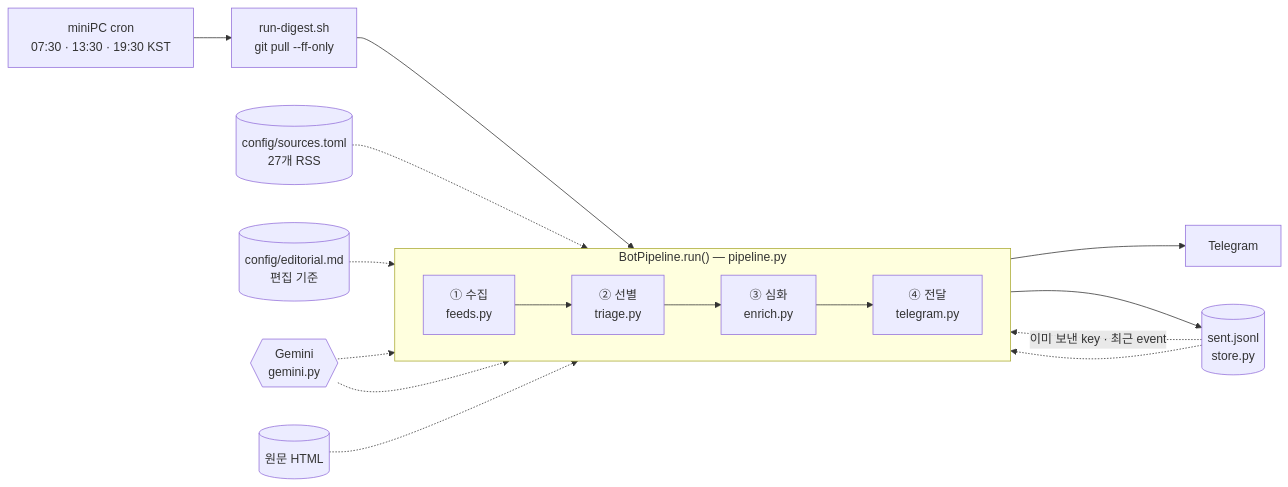
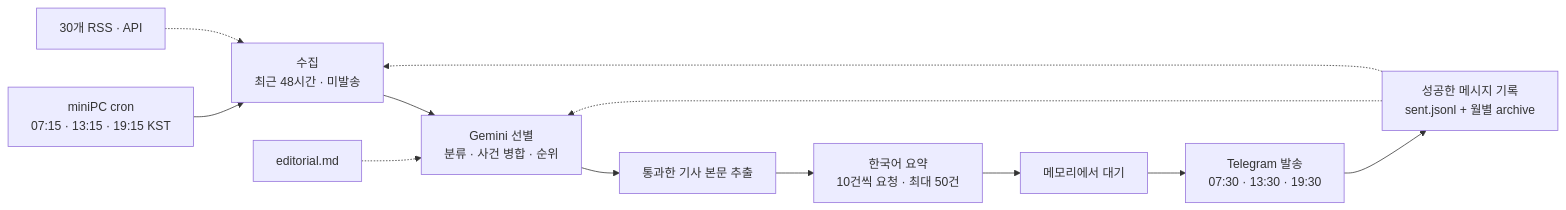
Before and after one commit to jaymunsh/ai-trend-bot: the diagram in README.md, drawn with Mermaid. The commit also changed other lines of this file and 33 other files, not shown here.

````diff
--- a/README.md
+++ b/README.md
@@ -10,23 +12,14 @@
 ```mermaid
 flowchart LR
-    subgraph pipe["BotPipeline.run() — pipeline.py"]
-        direction LR
-        collect["① 수집<br/>feeds.py"] --> triage["② 선별<br/>triage.py"]
-        triage --> enrich["③ 심화<br/>enrich.py"]
-        enrich --> deliver["④ 전달<br/>telegram.py"]
-    end
-
-    cron["miniPC cron<br/>07:30 · 13:30 · 19:30 KST"] --> run["run-digest.sh<br/>git pull --ff-only"]
-    run --> collect
-
-    sources[("config/sources.toml<br/>27개 RSS")] -.-> collect
-    editorial[("config/editorial.md<br/>편집 기준")] -.-> triage
-    gemini{{"Gemini<br/>gemini.py"}} -.-> triage
-    gemini -.-> enrich
-    article[("원문 HTML")] -.-> enrich
-
-    deliver --> tg["Telegram"]
-    deliver --> log[("sent.jsonl<br/>store.py")]
-    log -.->|"이미 보낸 key · 최근 event"| collect
+    cron["miniPC cron<br/>07:15 · 13:15 · 19:15 KST"] --> collect["수집<br/>최근 48시간 · 미발송"]
+    sources["30개 RSS · API"] -.-> collect
+    collect --> triage["Gemini 선별<br/>분류 · 사건 병합 · 순위"]
+    editorial["editorial.md"] -.-> triage
+    triage --> enrich["통과한 기사 본문 추출"]
+    enrich --> summary["한국어 요약<br/>10건씩 요청 · 최대 50건"]
+    summary --> wait["메모리에서 대기"]
+    wait --> telegram["Telegram 발송<br/>07:30 · 13:30 · 19:30"]
+    telegram --> log["성공한 메시지 기록<br/>sent.jsonl + 월별 archive"]
+    log -.-> collect
     log -.-> triage
 ```
````
